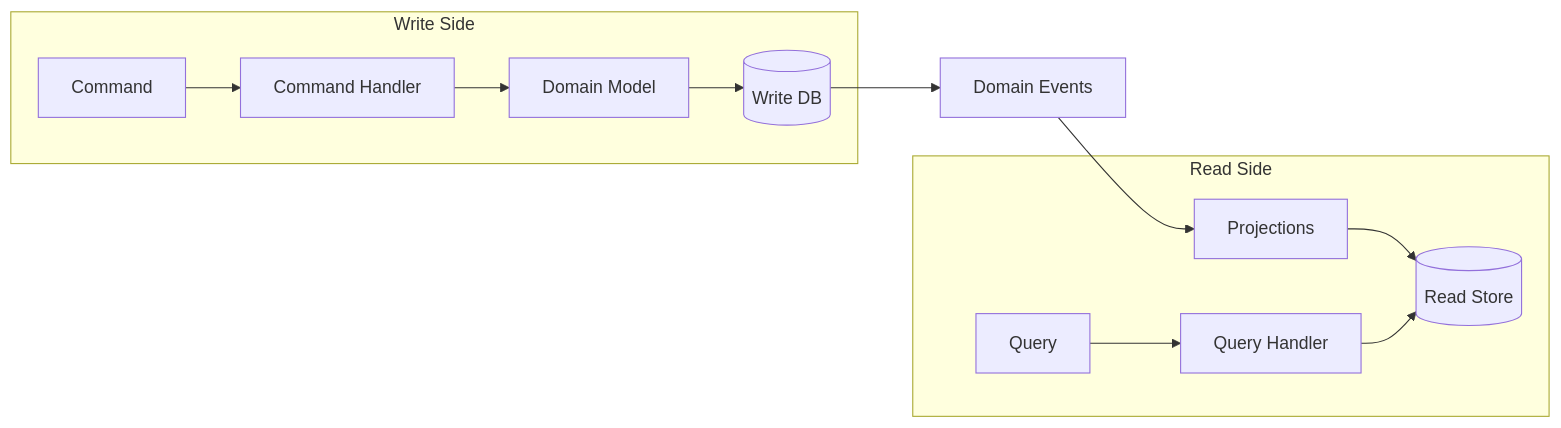
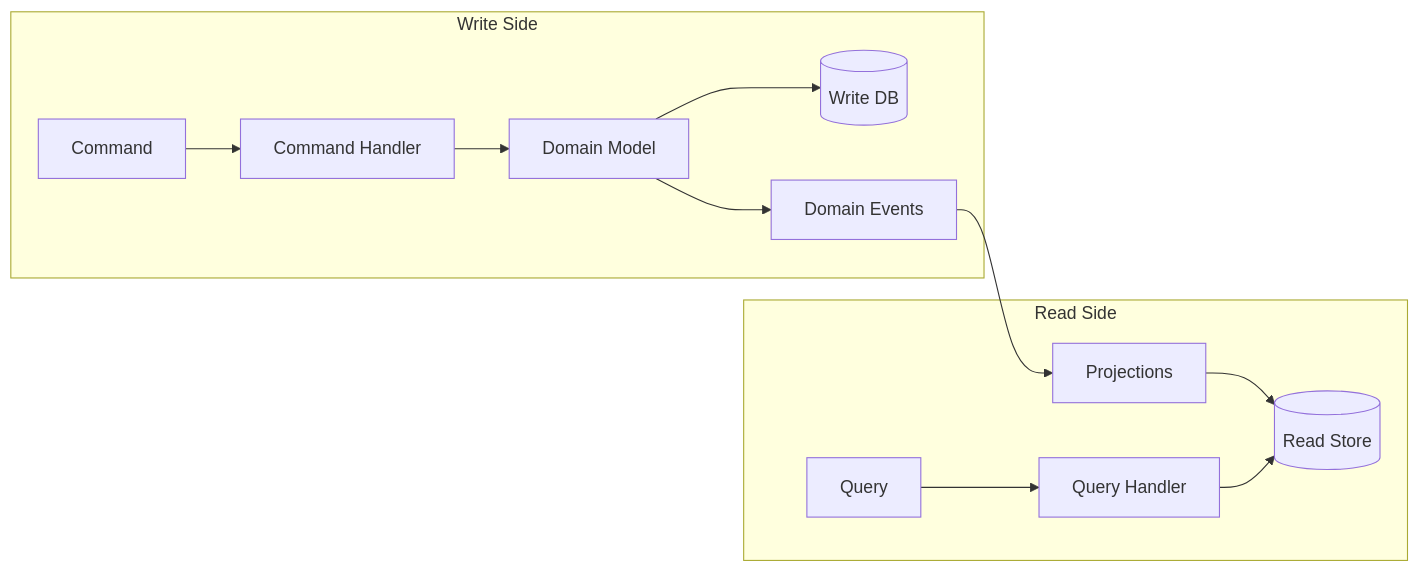
Before and after one commit to Webhooks-Ltd/dotnet-patterns: the second of 2 diagrams in patterns/DSG001 - cqrs.md, drawn with Mermaid. The commit also changed other lines of this file and 10 other files, not shown here.

````diff
--- a/patterns/DSG001 - cqrs.md
+++ b/patterns/DSG001 - cqrs.md
@@ -52,11 +54,12 @@
 ```mermaid
 graph LR
     subgraph Write Side
-        Cmd[Command] --> Handler[Command Handler] --> Domain[Domain Model] --> WDB[(Write DB)]
+        Cmd[Command] --> CHandler[Command Handler] --> Domain[Domain Model] --> WDB[(Write DB)]
+        Domain --> Events[Domain Events]
     end
-    WDB --> Events[Domain Events] --> Projections
+    Events --> Projections
     subgraph Read Side
         Projections --> RDB[(Read Store)]
         Qry[Query] --> QHandler[Query Handler] --> RDB
     end
 ```
````
